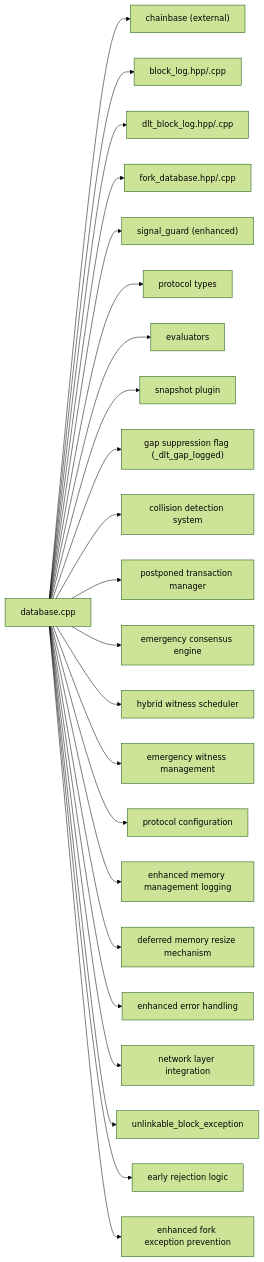
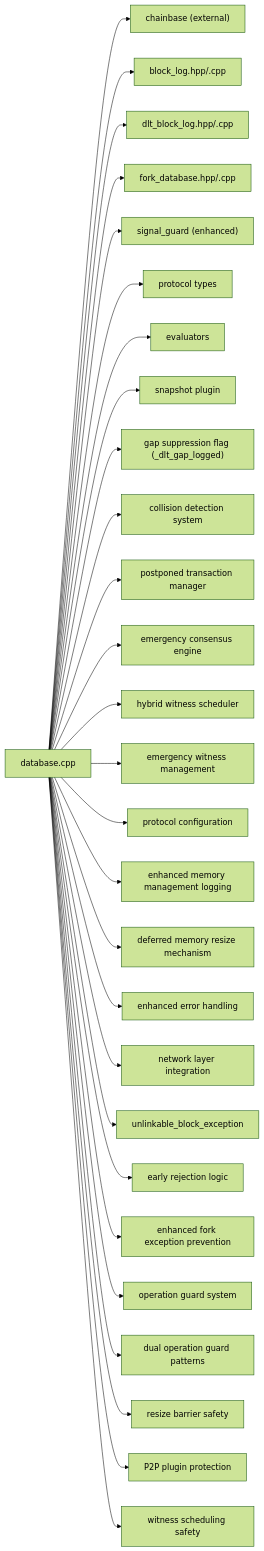
Before and after one commit to VIZ-Blockchain/viz-cpp-node: diagram 30 of 30 in .qoder/repowiki/en/content/Architecture Overview/Core Libraries/Chain Library/Database Management/Database Management.md, drawn with Mermaid (forest theme). The commit also changed other lines of this file and 3 other files, not shown here.

First line of the commit message:
feat(database): add operation guard system for concurrent access protection

````diff
--- a/.qoder/repowiki/en/content/Architecture Overview/Core Libraries/Chain Library/Database Management/Database Management.md
+++ b/.qoder/repowiki/en/content/Architecture Overview/Core Libraries/Chain Library/Database Management/Database Management.md
@@ -1314,25 +1447,30 @@
 ```mermaid
 graph LR
 DB["database.cpp"] --> CB["chainbase (external)"]
 DB --> BL["block_log.hpp/.cpp"]
 DB --> DLT["dlt_block_log.hpp/.cpp"]
 DB --> FD["fork_database.hpp/.cpp"]
 DB --> SG["signal_guard (enhanced)"]
 DB --> PT["protocol types"]
 DB --> EV["evaluators"]
 DB --> SNAP["snapshot plugin"]
 DB --> GAP["gap suppression flag (_dlt_gap_logged)"]
 DB --> COLL["collision detection system"]
 DB --> POST["postponed transaction manager"]
 DB --> EMER["emergency consensus engine"]
 DB --> HYBRID["hybrid witness scheduler"]
 DB --> WITNESS["emergency witness management"]
 DB --> PROTO["protocol configuration"]
 DB --> MEMLOG["enhanced memory management logging"]
 DB --> DEFER["deferred memory resize mechanism"]
 DB --> ERROR["enhanced error handling"]
 DB --> NETWORK["network layer integration"]
 DB --> UNLINK["unlinkable_block_exception"]
 DB --> EARLY["early rejection logic"]
 DB --> EXCEP["enhanced fork exception prevention"]
+DB --> OPGUARD["operation guard system"]
+DB --> DUALGUARD["dual operation guard patterns"]
+DB --> RESIZEBARRIER["resize barrier safety"]
+DB --> P2PSECURE["P2P plugin protection"]
+DB --> WITNESSSEC["witness scheduling safety"]
 ```
````
